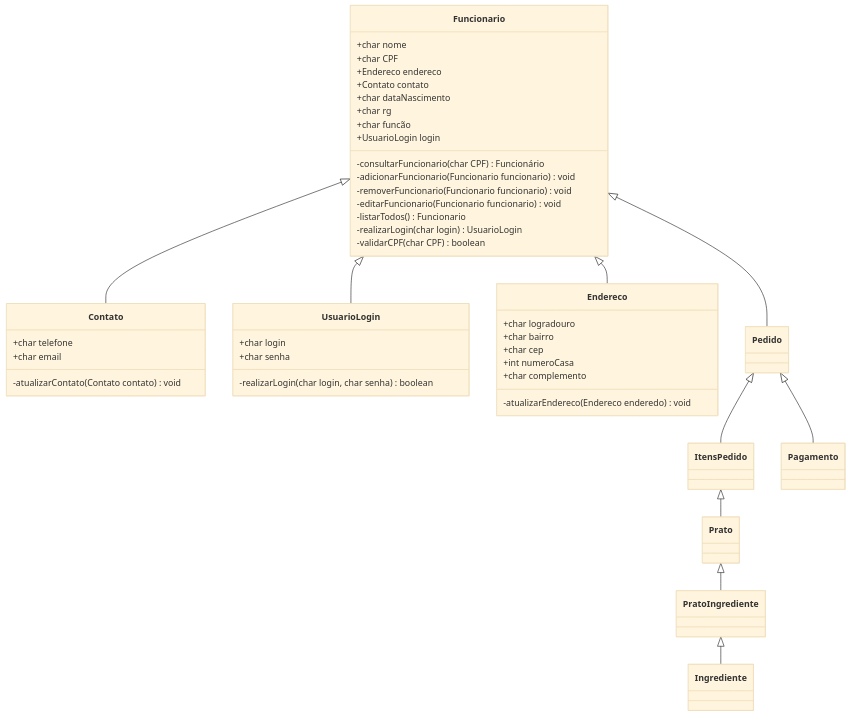
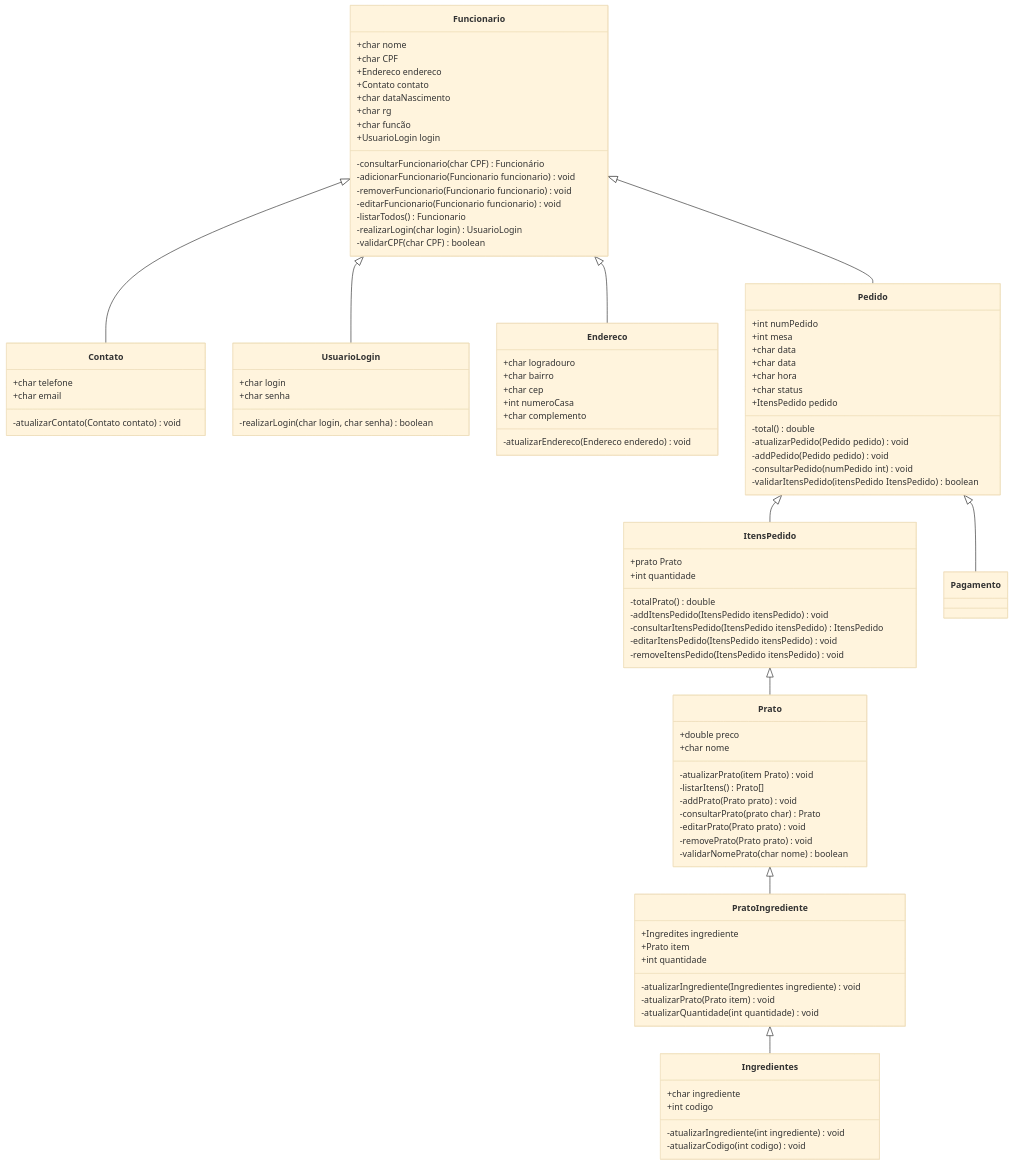
One commit to OliveiraAnna99/es-sigres changed the first of 2 diagrams in docs/doc-modelos.md. Above: the diagram before and after it, drawn with Mermaid (base theme).

Commit message:
Concluido modelo de classes (#10)

````diff
--- a/docs/doc-modelos.md
+++ b/docs/doc-modelos.md
@@ -23,7 +23,7 @@
 
     Prato <|-- PratoIngrediente
 
-    PratoIngrediente <|-- Ingrediente
+    PratoIngrediente <|-- Ingredientes
 
     class Funcionario{
         +char nome
@@ -69,4 +69,62 @@
         -atualizarEndereco(Endereco enderedo) void
     }
 
+    class Pedido{
+        +int numPedido
+        +int mesa
+        +char data
+        +char data
+        +char hora
+        +char status
+        +ItensPedido pedido
+
+        -total() double
+        -atualizarPedido(Pedido pedido) void
+        -addPedido(Pedido pedido) void
+        -consultarPedido(numPedido int) void
+        -validarItensPedido(itensPedido ItensPedido) boolean
+    }
+
+    class ItensPedido{
+        +prato Prato
+        +int quantidade
+
+        -totalPrato() double
+        -addItensPedido(ItensPedido itensPedido) void
+        -consultarItensPedido(ItensPedido itensPedido) ItensPedido
+        -editarItensPedido(ItensPedido itensPedido) void
+        -removeItensPedido(ItensPedido itensPedido) void
+    }
+
+    class Prato{
+        +double preco
+        +char nome
+
+        -atualizarPrato(item Prato) void
+        -listarItens() Prato[]
+        -addPrato(Prato prato) void
+        -consultarPrato(prato char) Prato
+        -editarPrato(Prato prato) void
+        -removePrato(Prato prato) void
+        -validarNomePrato(char nome) boolean
+    }
+
+    class PratoIngrediente{
+        +Ingredites ingrediente
+        +Prato item
+        +int quantidade
+
+        -atualizarIngrediente(Ingredientes ingrediente) void
+        -atualizarPrato(Prato item) void
+        -atualizarQuantidade(int quantidade) void
+    }
+
+    class Ingredientes{
+        +char ingrediente
+        +int codigo
+
+        -atualizarIngrediente(int ingrediente) void
+        -atualizarCodigo(int codigo) void
+    }
+
 ```
````
